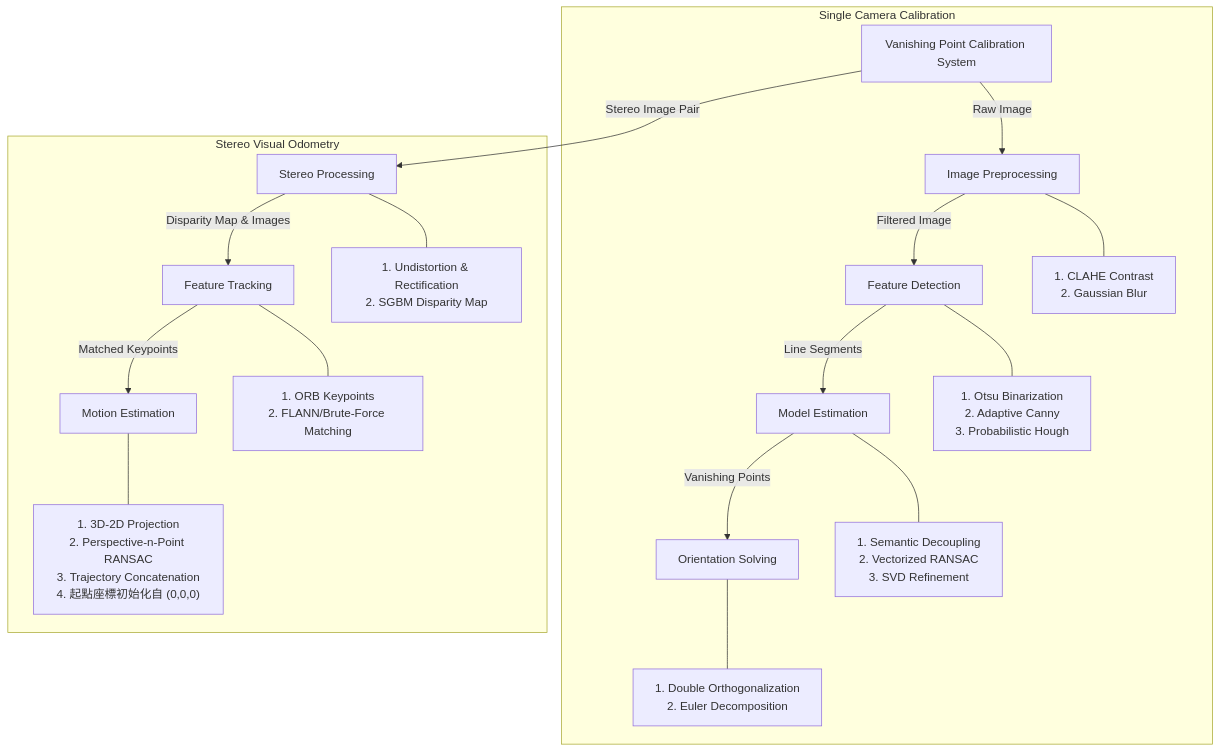
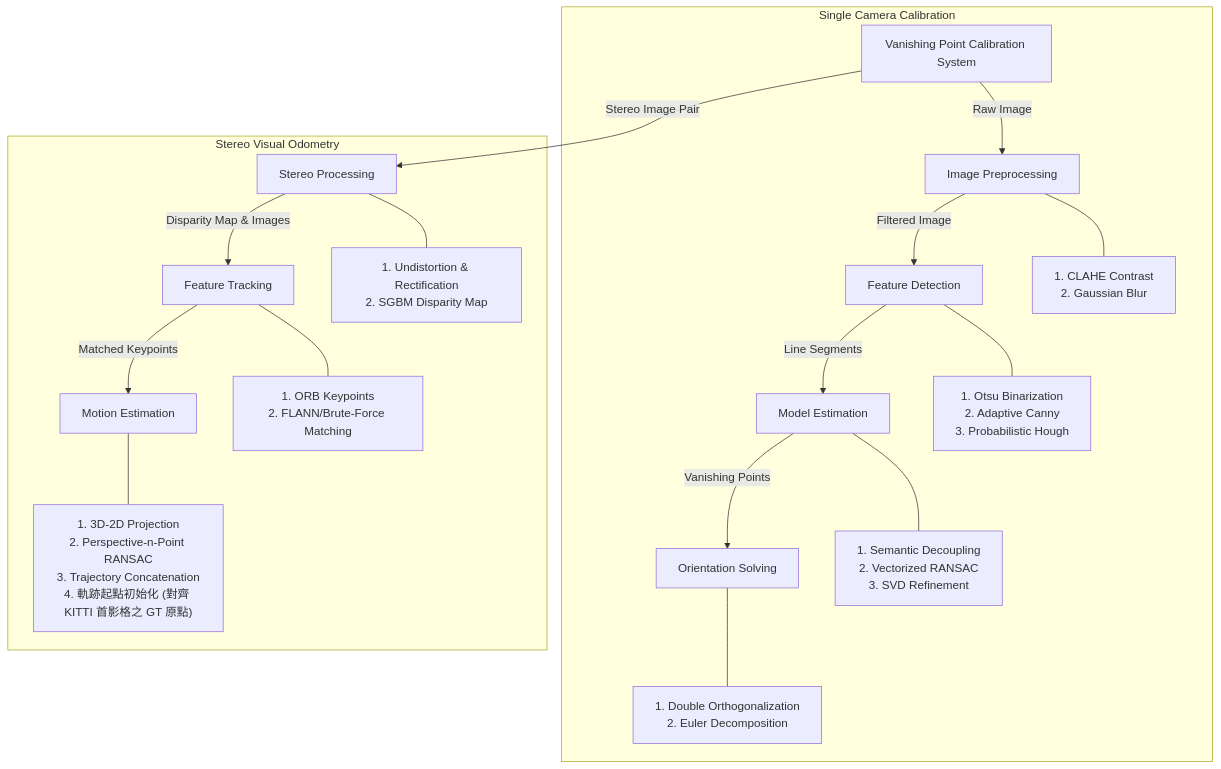
The diagram in README.md (hank921109/114-2-Phone_Camera_Attitude), drawn with Mermaid before and after one commit.

Commit message:
docs: clarify that SVO starting point aligns with KITTI first frame ground truth origin

````diff
--- a/README.md
+++ b/README.md
@@ -49,26 +49,26 @@
 ```mermaid
 graph TD
     System[Vanishing Point Calibration System]
     
     subgraph Single Camera Calibration
         System -- "Raw Image" --> PRE[Image Preprocessing]
         PRE -- "Filtered Image" --> DET[Feature Detection]
         DET -- "Line Segments" --> RAN[Model Estimation]
         RAN -- "Vanishing Points" --> POS[Orientation Solving]
 
         PRE --- PRE_Desc["1. CLAHE Contrast<br/>2. Gaussian Blur"]
         DET --- DET_Desc["1. Otsu Binarization<br/>2. Adaptive Canny<br/>3. Probabilistic Hough"]
         RAN --- RAN_Desc["1. Semantic Decoupling<br/>2. Vectorized RANSAC<br/>3. SVD Refinement"]
         POS --- POS_Desc["1. Double Orthogonalization<br/>2. Euler Decomposition"]
     end
 
     subgraph Stereo Visual Odometry
         System -- "Stereo Image Pair" --> VO_PRE[Stereo Processing]
         VO_PRE -- "Disparity Map & Images" --> VO_FEAT[Feature Tracking]
         VO_FEAT -- "Matched Keypoints" --> VO_MOT[Motion Estimation]
         
         VO_PRE --- VO_PRE_Desc["1. Undistortion & Rectification<br/>2. SGBM Disparity Map"]
         VO_FEAT --- VO_FEAT_Desc["1. ORB Keypoints<br/>2. FLANN/Brute-Force Matching"]
-        VO_MOT --- VO_MOT_Desc["1. 3D-2D Projection<br/>2. Perspective-n-Point RANSAC<br/>3. Trajectory Concatenation<br/>4. 起點座標初始化自 (0,0,0)"]
+        VO_MOT --- VO_MOT_Desc["1. 3D-2D Projection<br/>2. Perspective-n-Point RANSAC<br/>3. Trajectory Concatenation<br/>4. 軌跡起點初始化 (對齊 KITTI 首影格之 GT 原點)"]
     end
 ```
````
